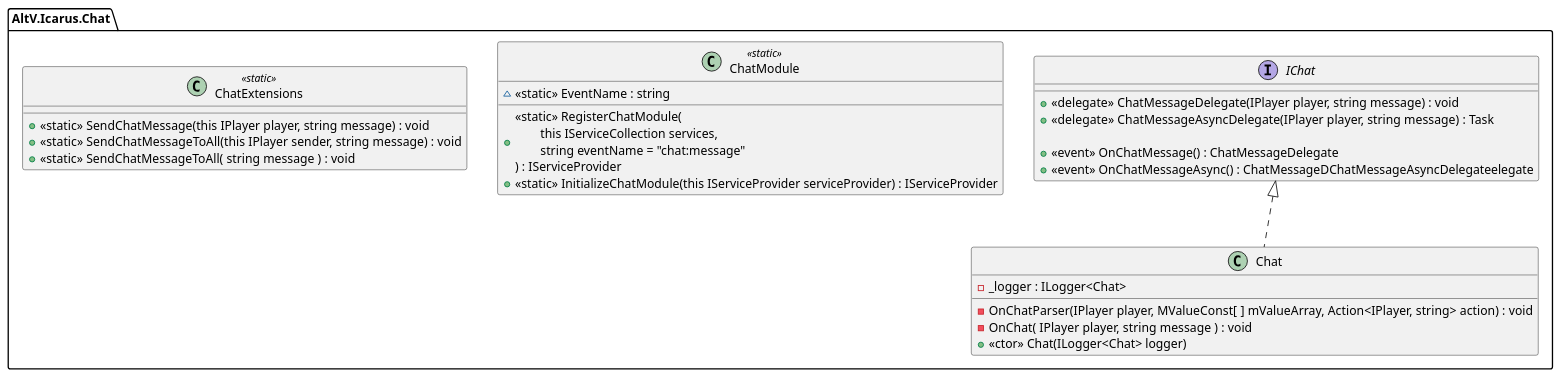
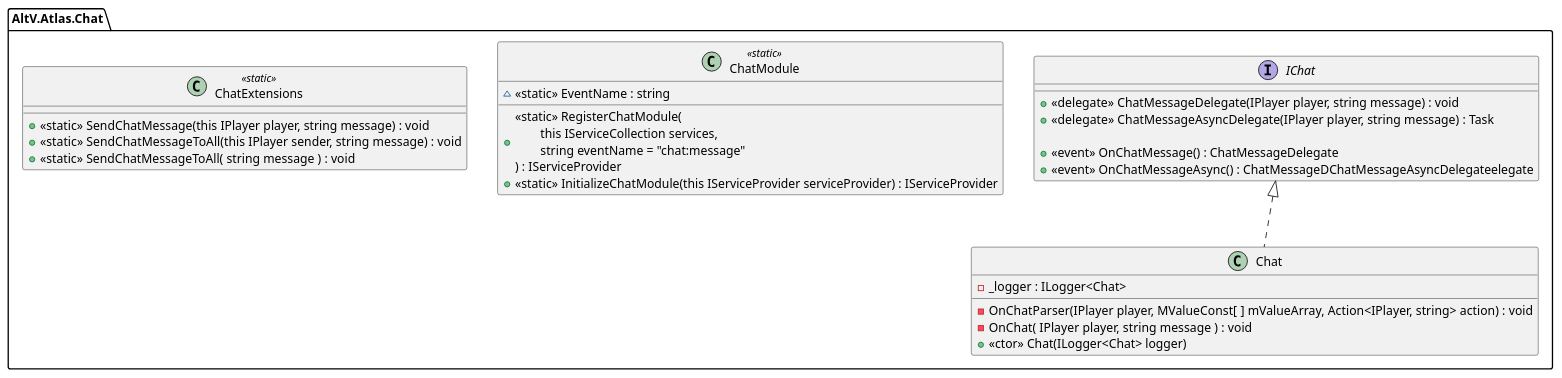
The diagram in docs/chat-module-basic.puml (altv-atlas/Chat), drawn with PlantUML before and after one commit.

Commit message:
-update to atlas

```diff
--- a/docs/chat-module-basic.puml
+++ b/docs/chat-module-basic.puml
@@ -1,33 +1,33 @@
 @startuml chat-module
 
 set separator ::
 
-interface AltV.Icarus.Chat::IChat {
+interface AltV.Atlas.Chat::IChat {
     + <<delegate>> ChatMessageDelegate(IPlayer player, string message) : void
     + <<delegate>> ChatMessageAsyncDelegate(IPlayer player, string message) : Task
 
     + <<event>> OnChatMessage() : ChatMessageDelegate
     + <<event>> OnChatMessageAsync() : ChatMessageDChatMessageAsyncDelegateelegate
 }
 
-class AltV.Icarus.Chat::Chat implements AltV.Icarus.Chat::IChat {
+class AltV.Atlas.Chat::Chat implements AltV.Atlas.Chat::IChat {
     - _logger : ILogger<Chat>
     - OnChatParser(IPlayer player, MValueConst[ ] mValueArray, Action<IPlayer, string> action) : void
     - OnChat( IPlayer player, string message ) : void
     + <<ctor>> Chat(ILogger<Chat> logger)
 }
 
-class AltV.Icarus.Chat::ChatModule <<static>> {
+class AltV.Atlas.Chat::ChatModule <<static>> {
     ~ <<static>> EventName : string
 
     + <<static>> RegisterChatModule(\n\tthis IServiceCollection services,\n\tstring eventName = "chat:message"\n) : IServiceProvider
     + <<static>> InitializeChatModule(this IServiceProvider serviceProvider) : IServiceProvider
 }
 
-class AltV.Icarus.Chat::ChatExtensions <<static>> {
+class AltV.Atlas.Chat::ChatExtensions <<static>> {
     + <<static>> SendChatMessage(this IPlayer player, string message) : void
     + <<static>> SendChatMessageToAll(this IPlayer sender, string message) : void
     + <<static>> SendChatMessageToAll( string message ) : void
 }
 
 @enduml
```
